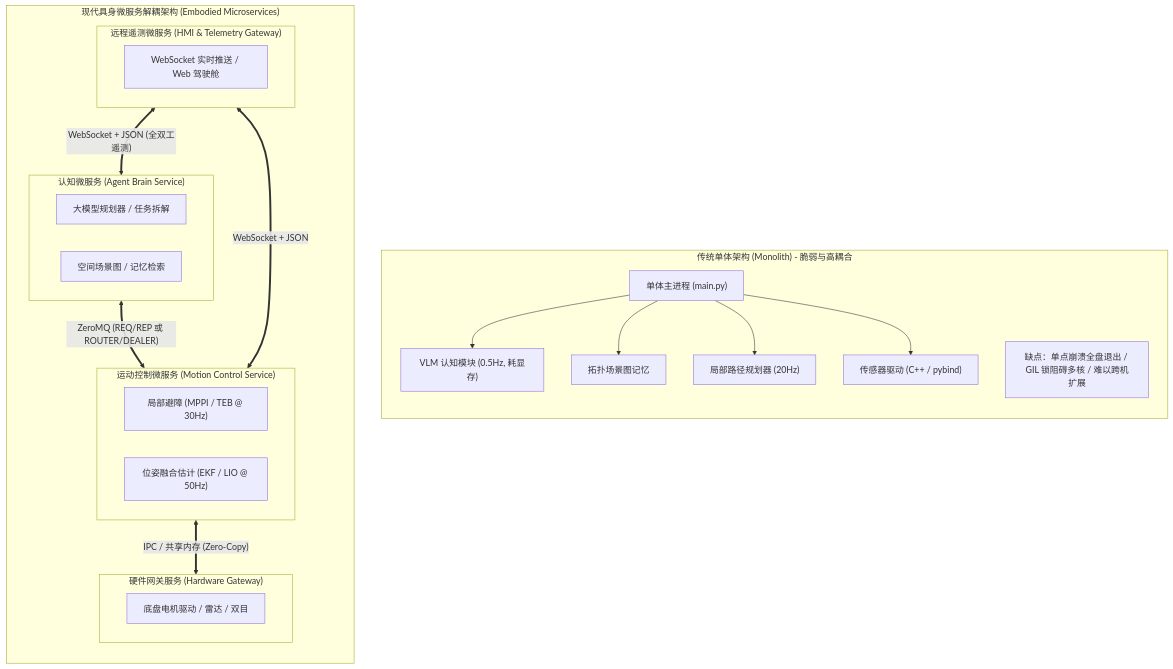
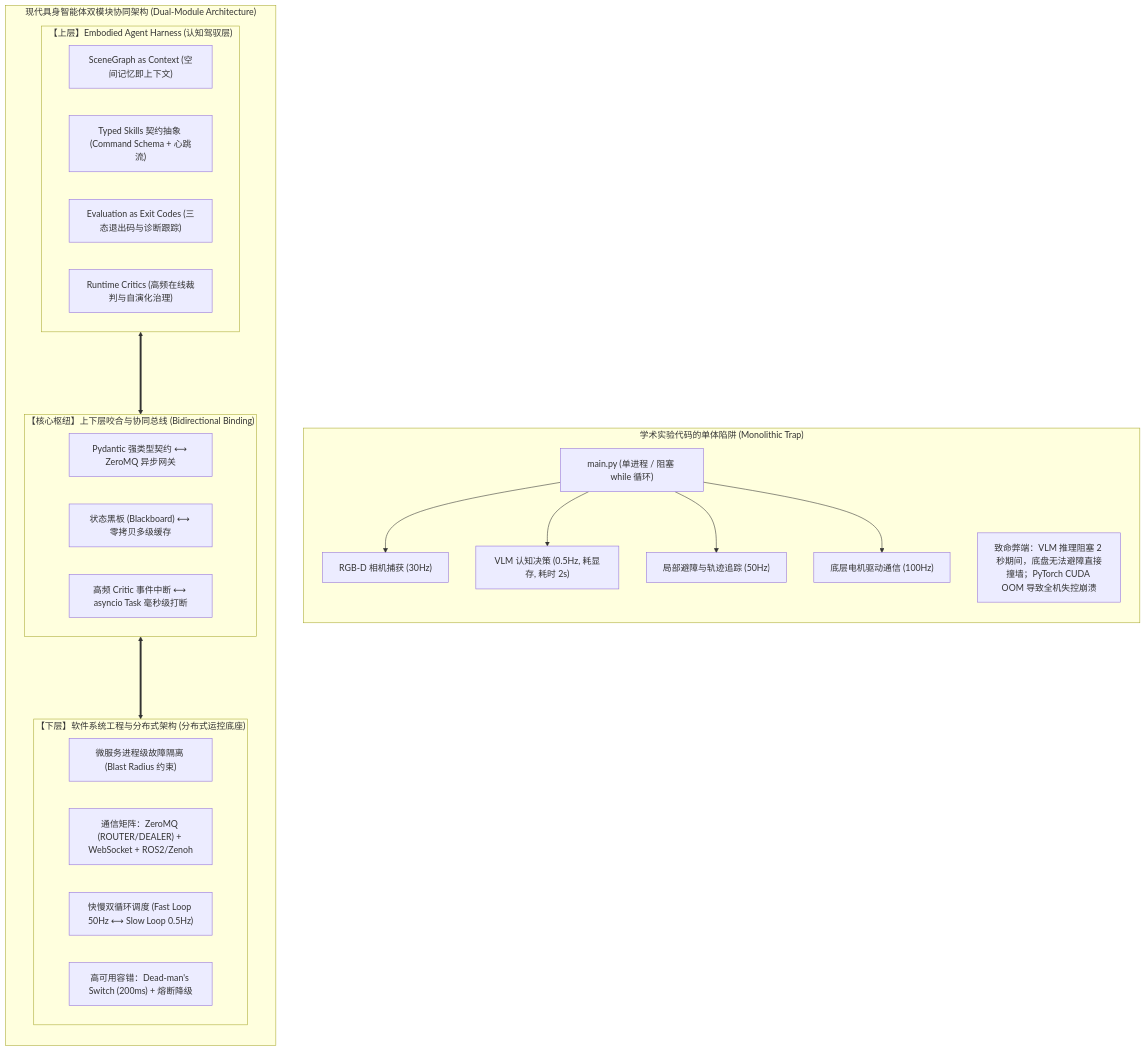
The first of 15 diagrams in _posts/research/2026-09-07-Embodied-Agent-Harness-Survey.md (TingdeLiu/tingdeliu.github.io), drawn with Mermaid before and after one commit. The commit also changed other lines of this file and 2 other files, not shown here.

Commit message:
feat(research): comprehensive upgrade to Embodied Agent Harness Survey with dual-module co-design & distributed systems engineering

````diff
--- a/_posts/research/2026-09-07-Embodied-Agent-Harness-Survey.md
+++ b/_posts/research/2026-09-07-Embodied-Agent-Harness-Survey.md
@@ -36,35 +25,38 @@
 ```mermaid
 flowchart TB
-    subgraph Monolith["传统单体架构 (Monolith) - 脆弱与高耦合"]
+    subgraph Traditional["学术实验代码的单体陷阱 (Monolithic Trap)"]
         direction TB
-        M_Main["单体主进程 (main.py)"]
-        M_Main --> M_VLM["VLM 认知模块 (0.5Hz, 耗显存)"]
-        M_Main --> M_Memory["拓扑场景图记忆"]
-        M_Main --> M_Nav["局部路径规划器 (20Hz)"]
-        M_Main --> M_Sensors["传感器驱动 (C++ / pybind)"]
-        note1["缺点：单点崩溃全盘退出 / GIL 锁阻碍多核 / 难以跨机扩展"]
+        Mono["main.py (单进程 / 阻塞 while 循环)"]
+        Mono --> S1["RGB-D 相机捕获 (30Hz)"]
+        Mono --> S2["VLM 认知决策 (0.5Hz, 耗显存, 耗时 2s)"]
+        Mono --> S3["局部避障与轨迹追踪 (50Hz)"]
+        Mono --> S4["底层电机驱动通信 (100Hz)"]
+        W1["致命弊端：VLM 推理阻塞 2 秒期间，底盘无法避障直接撞墙；PyTorch CUDA OOM 导致全机失控崩溃"]
     end
 
-    subgraph Microservices["现代具身微服务解耦架构 (Embodied Microservices)"]
+    subgraph DualModule["现代具身智能体双模块协同架构 (Dual-Module Architecture)"]
         direction TB
-        subgraph Brain_Svc["认知微服务 (Agent Brain Service)"]
-            VLM_Node["大模型规划器 / 任务拆解"]
-            Memory_Node["空间场景图 / 记忆检索"]
-        end
-        subgraph Motion_Svc["运动控制微服务 (Motion Control Service)"]
-            Local_Planner["局部避障 (MPPI / TEB @ 30Hz)"]
-            State_Est["位姿融合估计 (EKF / LIO @ 50Hz)"]
-        end
-        subgraph Hardware_Svc["硬件网关服务 (Hardware Gateway)"]
-            Drivers["底盘电机驱动 / 雷达 / 双目"]
-        end
-        subgraph HMI_Svc["远程遥测微服务 (HMI & Telemetry Gateway)"]
-            Web_Server["WebSocket 实时推送 / Web 驾驶舱"]
+        subgraph Upper["【上层】Embodied Agent Harness (认知驾驭层)"]
+            H1["SceneGraph as Context (空间记忆即上下文)"]
+            H2["Typed Skills 契约抽象 (Command Schema + 心跳流)"]
+            H3["Evaluation as Exit Codes (三态退出码与诊断跟踪)"]
+            H4["Runtime Critics (高频在线裁判与自演化治理)"]
         end
 
-        Brain_Svc <== "ZeroMQ (REQ/REP 或 ROUTER/DEALER)" ==> Motion_Svc
-        Motion_Svc <== "IPC / 共享内存 (Zero-Copy)" ==> Hardware_Svc
-        HMI_Svc <== "WebSocket + JSON (全双工遥测)" ==> Brain_Svc
-        HMI_Svc <== "WebSocket + JSON" ==> Motion_Svc
+        subgraph Interlink["【核心枢纽】上下层咬合与协同总线 (Bidirectional Binding)"]
+            B1["Pydantic 强类型契约 ⟷ ZeroMQ 异步网关"]
+            B2["状态黑板 (Blackboard) ⟷ 零拷贝多级缓存"]
+            B3["高频 Critic 事件中断 ⟷ asyncio Task 毫秒级打断"]
+        end
+
+        subgraph Lower["【下层】软件系统工程与分布式架构 (分布式运控底座)"]
+            L1["微服务进程级故障隔离 (Blast Radius 约束)"]
+            L2["通信矩阵：ZeroMQ (ROUTER/DEALER) + WebSocket + ROS2/Zenoh"]
+            L3["快慢双循环调度 (Fast Loop 50Hz ⟷ Slow Loop 0.5Hz)"]
+            L4["高可用容错：Dead-man's Switch (200ms) + 熔断降级"]
+        end
+
+        Upper <===> Interlink
+        Interlink <===> Lower
     end
 ```
````
